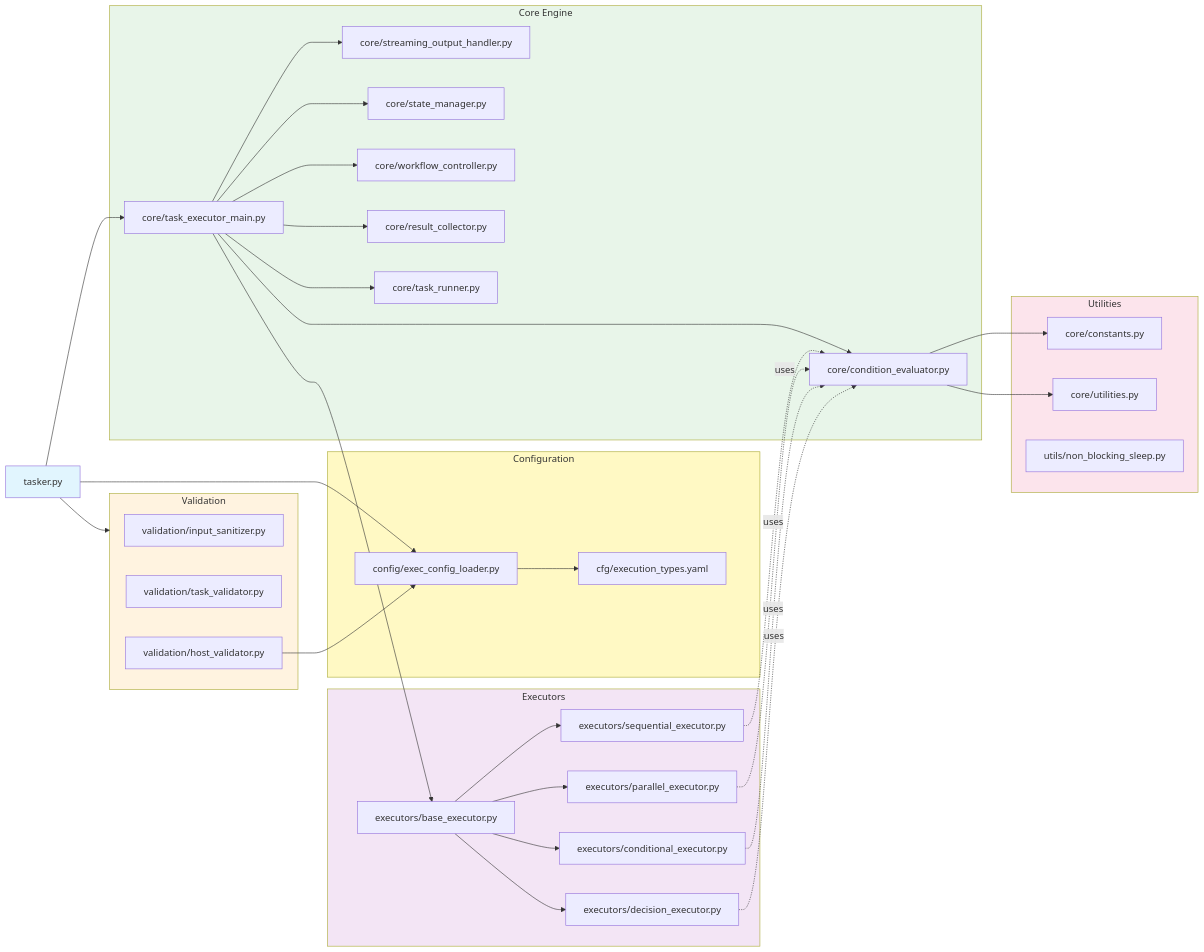
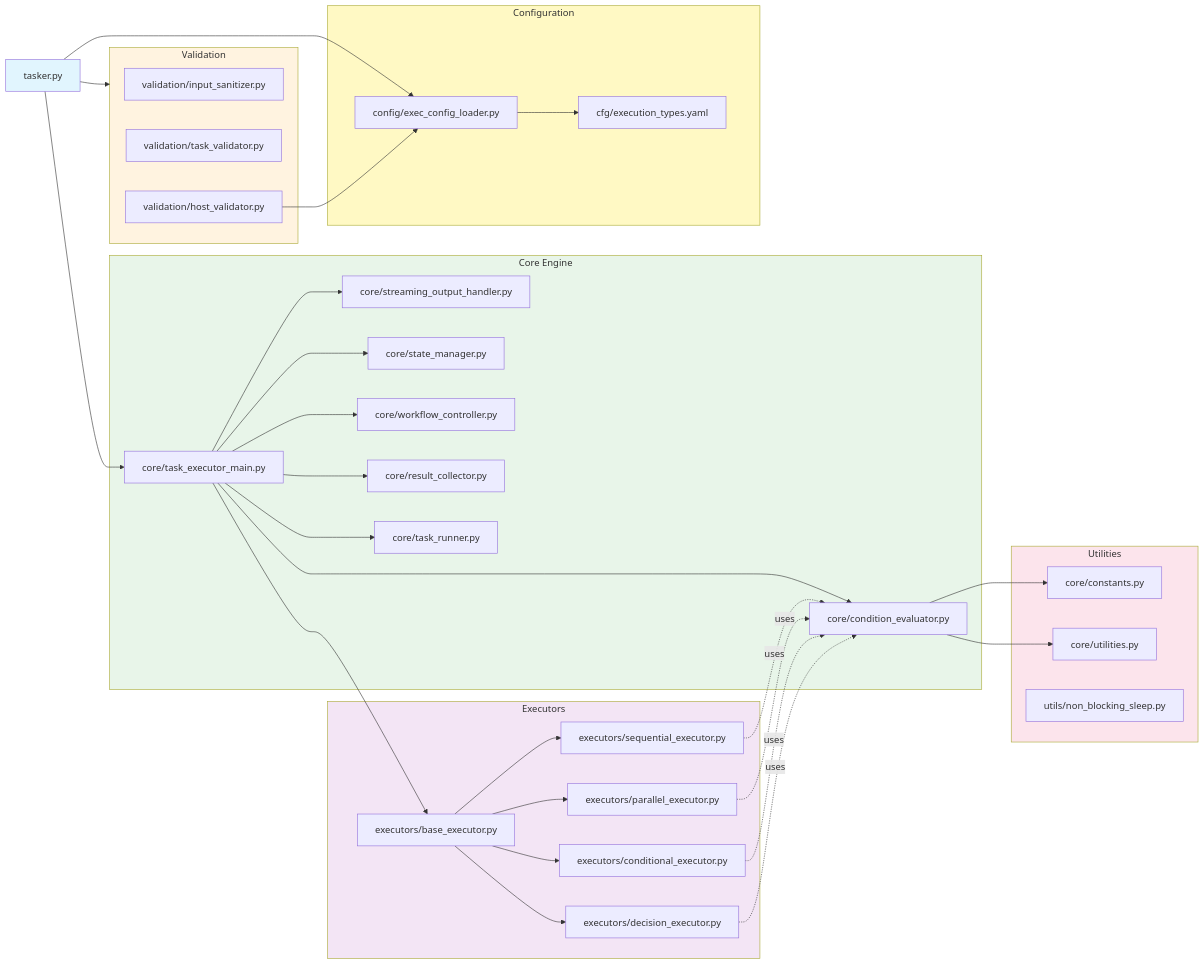
The fourth of 8 diagrams in ARCHITECTURE_MERMAID.md (bastelbude1/Tasker), drawn with Mermaid before and after one commit. The commit also changed other lines of this file, not shown here.

First line of the commit message:
docs: Reorder Module Dependency Graph to position Executors near Core Engine

````diff
--- a/ARCHITECTURE_MERMAID.md
+++ b/ARCHITECTURE_MERMAID.md
@@ -157,74 +157,74 @@
 ```mermaid
 graph LR
     CLI[tasker.py]
-
-    subgraph CFG["Configuration"]
-        YAML[cfg/execution_types.yaml]
-        Loader[config/exec_config_loader.py]
-    end
 
     subgraph VAL["Validation"]
         Sanitizer[validation/input_sanitizer.py]
         TaskValidator[validation/task_validator.py]
         HostValidator[validation/host_validator.py]
     end
 
     subgraph CORE["Core Engine"]
         Main[core/task_executor_main.py]
         Cond[core/condition_evaluator.py]
         Stream[core/streaming_output_handler.py]
         State[core/state_manager.py]
         Workflow[core/workflow_controller.py]
         Results[core/result_collector.py]
         Runner[core/task_runner.py]
     end
 
     subgraph EXEC["Executors"]
         Base[executors/base_executor.py]
         Sequential[executors/sequential_executor.py]
         Parallel[executors/parallel_executor.py]
         Conditional[executors/conditional_executor.py]
         Decision[executors/decision_executor.py]
     end
 
     subgraph UTIL["Utilities"]
         Constants[core/constants.py]
         Utils[core/utilities.py]
         Sleep[utils/non_blocking_sleep.py]
+    end
+
+    subgraph CFG["Configuration"]
+        YAML[cfg/execution_types.yaml]
+        Loader[config/exec_config_loader.py]
     end
 
     CLI --> Loader
     CLI --> VAL
     CLI --> Main
 
     Loader --> YAML
     HostValidator --> Loader
 
     Main --> Cond
     Main --> Stream
     Main --> State
     Main --> Workflow
     Main --> Results
     Main --> Runner
     Main --> Base
 
     Base --> Sequential
     Base --> Parallel
     Base --> Conditional
     Base --> Decision
 
     Sequential -.uses.-> Cond
     Parallel -.uses.-> Cond
     Conditional -.uses.-> Cond
     Decision -.uses.-> Cond
 
     Cond --> Constants
     Cond --> Utils
 
     style CLI fill:#e1f5fe
     style CFG fill:#fff9c4
     style VAL fill:#fff3e0
     style CORE fill:#e8f5e9
     style EXEC fill:#f3e5f5
     style UTIL fill:#fce4ec
 ```
````
